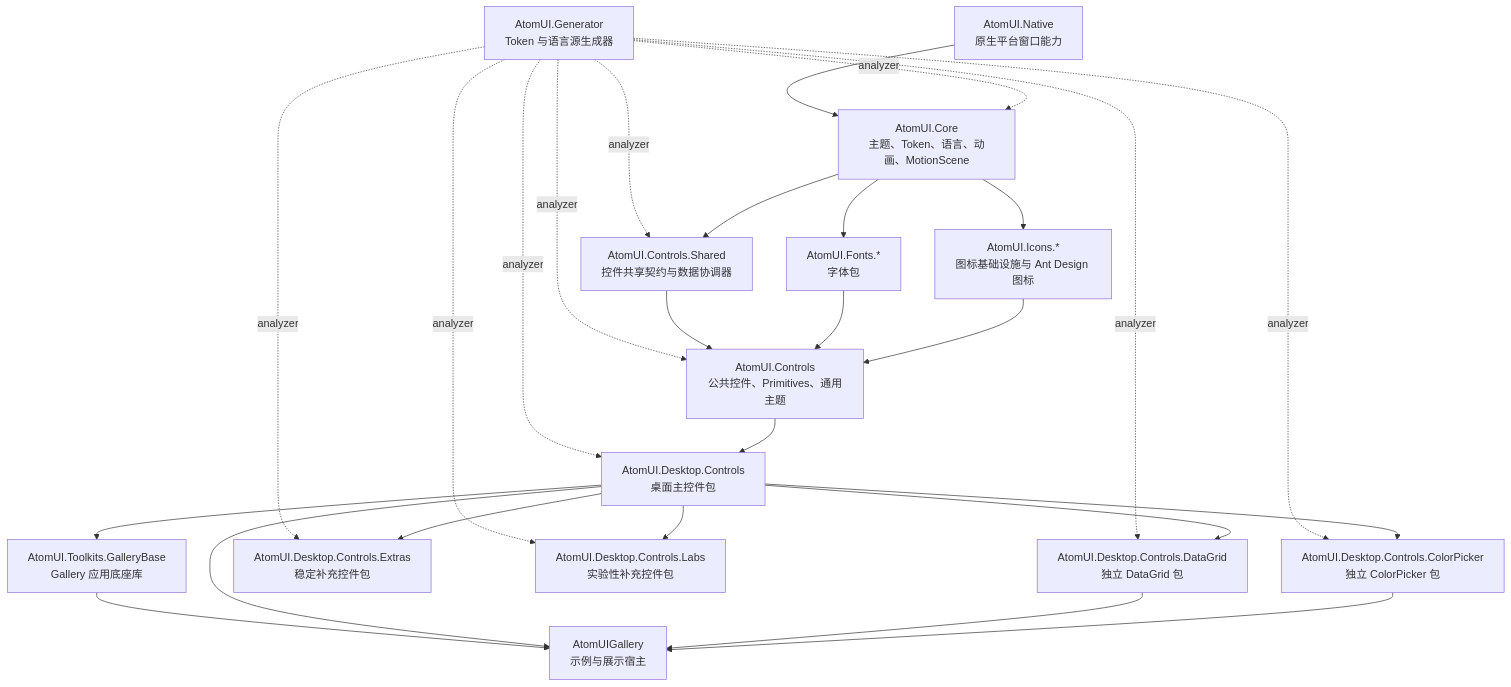
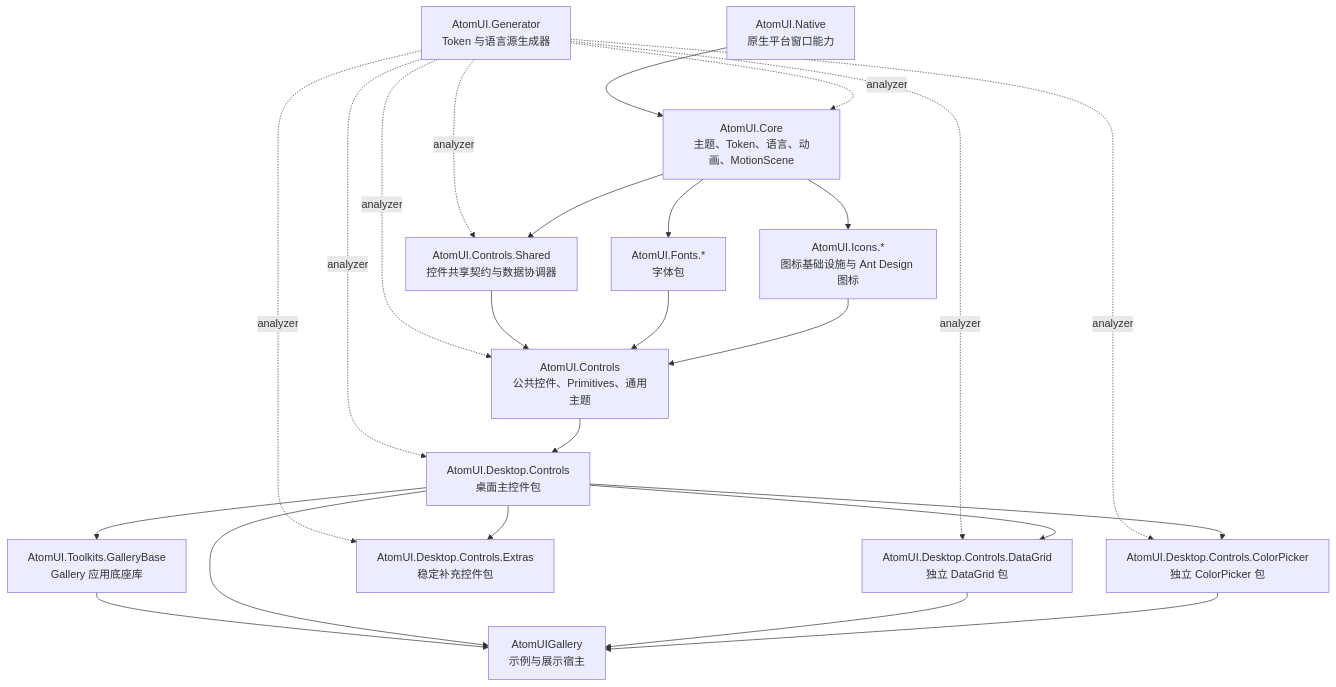
Before and after one commit to chinware/AtomUI: the diagram in docs/architecture/overview.md, drawn with Mermaid. The commit also changed other lines of this file and 30 other files, not shown here.

````diff
--- a/docs/architecture/overview.md
+++ b/docs/architecture/overview.md
@@ -7,43 +7,40 @@
 ```mermaid
 flowchart TD
     Native["AtomUI.Native\n原生平台窗口能力"]
     Core["AtomUI.Core\n主题、Token、语言、动画、MotionScene"]
     Shared["AtomUI.Controls.Shared\n控件共享契约与数据协调器"]
     Fonts["AtomUI.Fonts.*\n字体包"]
     Icons["AtomUI.Icons.*\n图标基础设施与 Ant Design 图标"]
     Controls["AtomUI.Controls\n公共控件、Primitives、通用主题"]
     Desktop["AtomUI.Desktop.Controls\n桌面主控件包"]
     DataGrid["AtomUI.Desktop.Controls.DataGrid\n独立 DataGrid 包"]
     ColorPicker["AtomUI.Desktop.Controls.ColorPicker\n独立 ColorPicker 包"]
     Extras["AtomUI.Desktop.Controls.Extras\n稳定补充控件包"]
-    Labs["AtomUI.Desktop.Controls.Labs\n实验性补充控件包"]
     Generator["AtomUI.Generator\nToken 与语言源生成器"]
     GalleryBase["AtomUI.Toolkits.GalleryBase\nGallery 应用底座库"]
     Gallery["AtomUIGallery\n示例与展示宿主"]
 
     Native --> Core
     Generator -. analyzer .-> Core
     Generator -. analyzer .-> Shared
     Generator -. analyzer .-> Controls
     Generator -. analyzer .-> Desktop
     Generator -. analyzer .-> DataGrid
     Generator -. analyzer .-> ColorPicker
     Generator -. analyzer .-> Extras
-    Generator -. analyzer .-> Labs
     Core --> Shared
     Core --> Icons
     Core --> Fonts
     Shared --> Controls
     Fonts --> Controls
     Icons --> Controls
     Controls --> Desktop
     Desktop --> GalleryBase
     Desktop --> DataGrid
     Desktop --> ColorPicker
     Desktop --> Extras
-    Desktop --> Labs
     GalleryBase --> Gallery
     Desktop --> Gallery
     DataGrid --> Gallery
     ColorPicker --> Gallery
 ```
````
